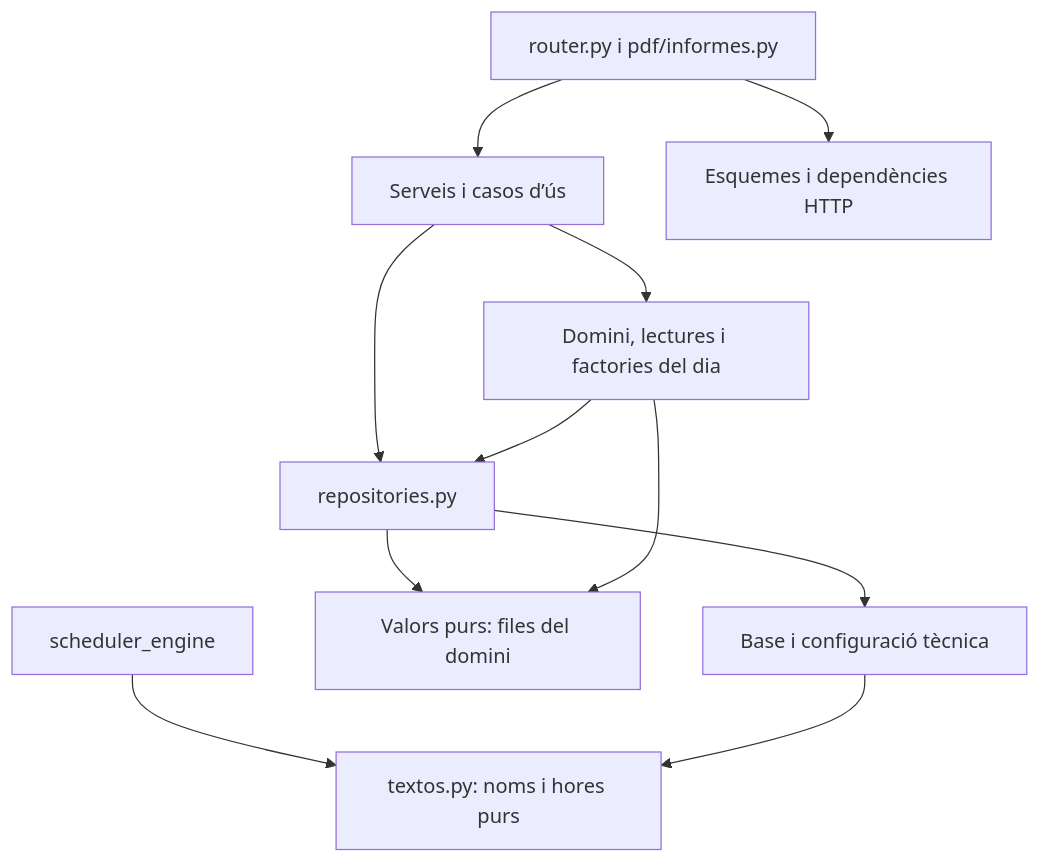
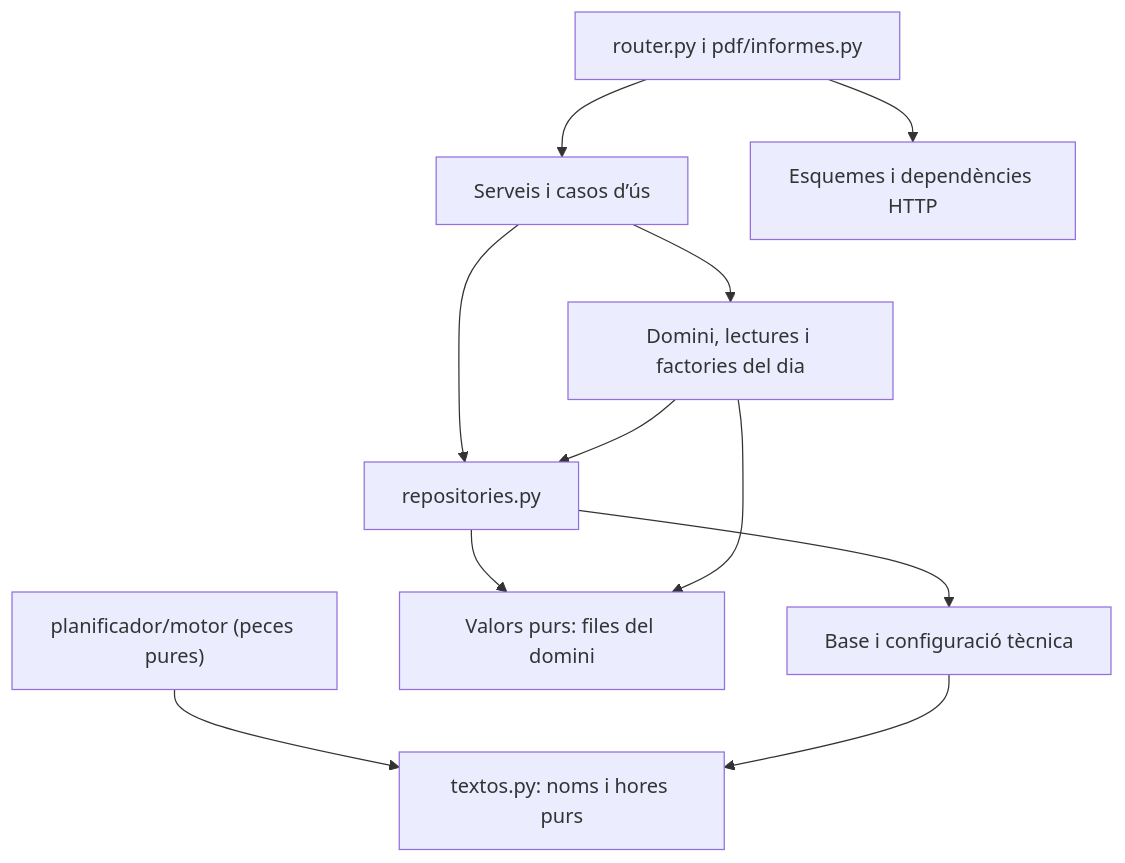
The diagram in ARQUITECTURA.md (mrtvillaret/fet-substitutions-manager), drawn with Mermaid before and after one commit. The commit also changed other lines of this file and 111 other files, not shown here.

````diff
--- a/ARQUITECTURA.md
+++ b/ARQUITECTURA.md
@@ -14,13 +14,13 @@
 ```mermaid
 flowchart TD
     HTTP["router.py i pdf/informes.py"] --> CASOS["Serveis i casos d’ús"]
     CASOS --> DOMINI["Domini, lectures i factories del dia"]
     CASOS --> REPO["repositories.py"]
     DOMINI --> REPO
     REPO --> BASE["Base i configuració tècnica"]
     REPO --> FILES["Valors purs: files del domini"]
     DOMINI --> FILES
     HTTP --> TIPUS["Esquemes i dependències HTTP"]
-    MOTOR["scheduler_engine"] --> TEXTOS["textos.py: noms i hores purs"]
+    MOTOR["planificador/motor (peces pures)"] --> TEXTOS["textos.py: noms i hores purs"]
     BASE --> TEXTOS
 ```
````
